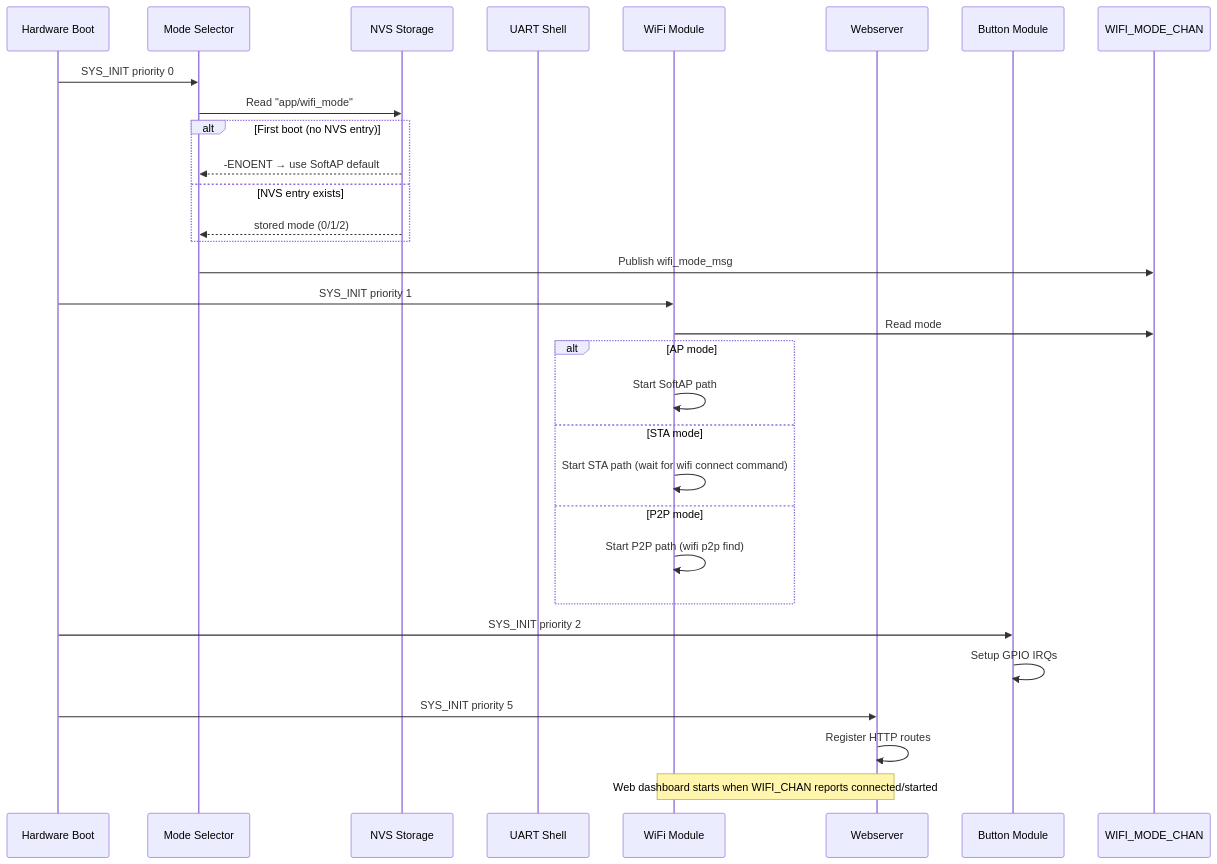
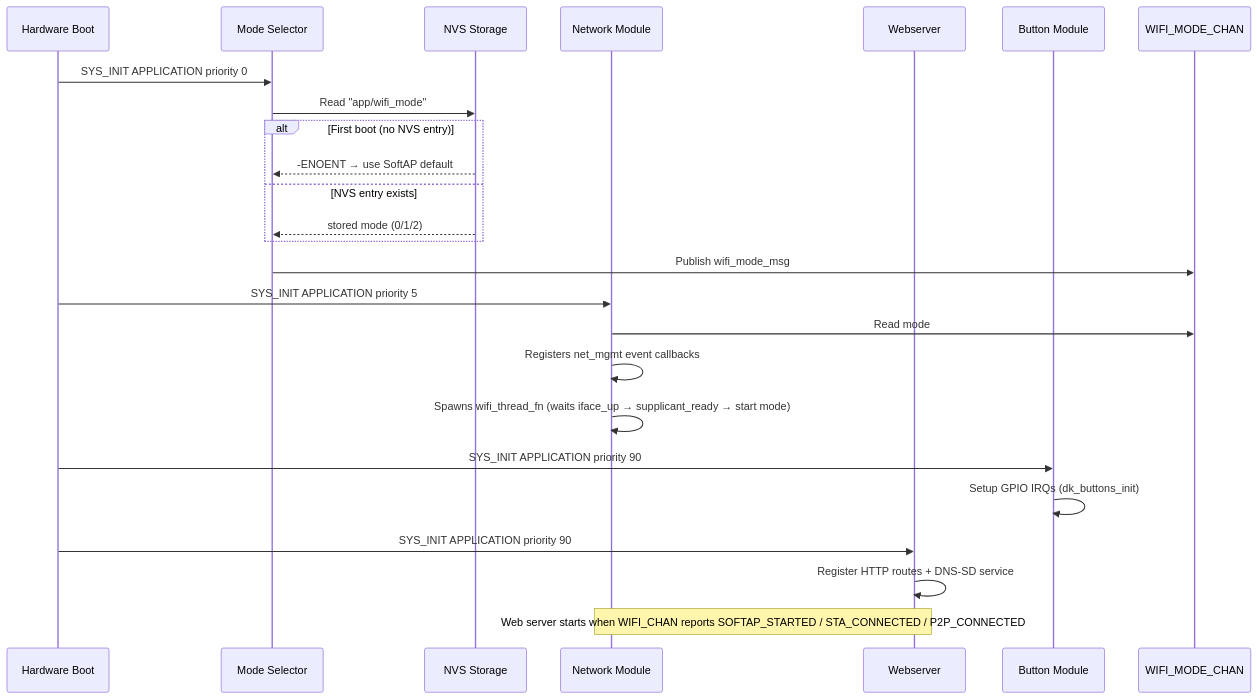
The second of 2 diagrams in docs/specs/architecture.md (chshzh/nordic-wifi-webdash), drawn with Mermaid before and after one commit. The commit also changed other lines of this file and 4 other files, not shown here.

````diff
--- a/docs/specs/architecture.md
+++ b/docs/specs/architecture.md
@@ -190,37 +189,31 @@
 ```mermaid
 sequenceDiagram
     participant HW as Hardware Boot
     participant ModeSel as Mode Selector
     participant NVS as NVS Storage
-    participant Shell as UART Shell
-    participant WiFi as WiFi Module
+    participant Net as Network Module
     participant Web as Webserver
     participant Btn as Button Module
 
-    HW->>ModeSel: SYS_INIT priority 0
+    HW->>ModeSel: SYS_INIT APPLICATION priority 0
     ModeSel->>NVS: Read "app/wifi_mode"
     alt First boot (no NVS entry)
         NVS-->>ModeSel: -ENOENT → use SoftAP default
     else NVS entry exists
         NVS-->>ModeSel: stored mode (0/1/2)
     end
 
     ModeSel->>WIFI_MODE_CHAN: Publish wifi_mode_msg
 
-    HW->>WiFi: SYS_INIT priority 1
-    WiFi->>WIFI_MODE_CHAN: Read mode
-    alt AP mode
-        WiFi->>WiFi: Start SoftAP path
-    else STA mode
-        WiFi->>WiFi: Start STA path (wait for wifi connect command)
-    else P2P mode
-        WiFi->>WiFi: Start P2P path (wifi p2p find)
-    end
+    HW->>Net: SYS_INIT APPLICATION priority 5
+    Net->>WIFI_MODE_CHAN: Read mode
+    Net->>Net: Registers net_mgmt event callbacks
+    Net->>Net: Spawns wifi_thread_fn (waits iface_up → supplicant_ready → start mode)
 
-    HW->>Btn: SYS_INIT priority 2
-    Btn->>Btn: Setup GPIO IRQs
+    HW->>Btn: SYS_INIT APPLICATION priority 90
+    Btn->>Btn: Setup GPIO IRQs (dk_buttons_init)
 
-    HW->>Web: SYS_INIT priority 5
-    Web->>Web: Register HTTP routes
-    Note over WiFi,Web: Web dashboard starts when WIFI_CHAN reports connected/started
+    HW->>Web: SYS_INIT APPLICATION priority 90
+    Web->>Web: Register HTTP routes + DNS-SD service
+    Note over Net,Web: Web server starts when WIFI_CHAN reports SOFTAP_STARTED / STA_CONNECTED / P2P_CONNECTED
 ```
````
